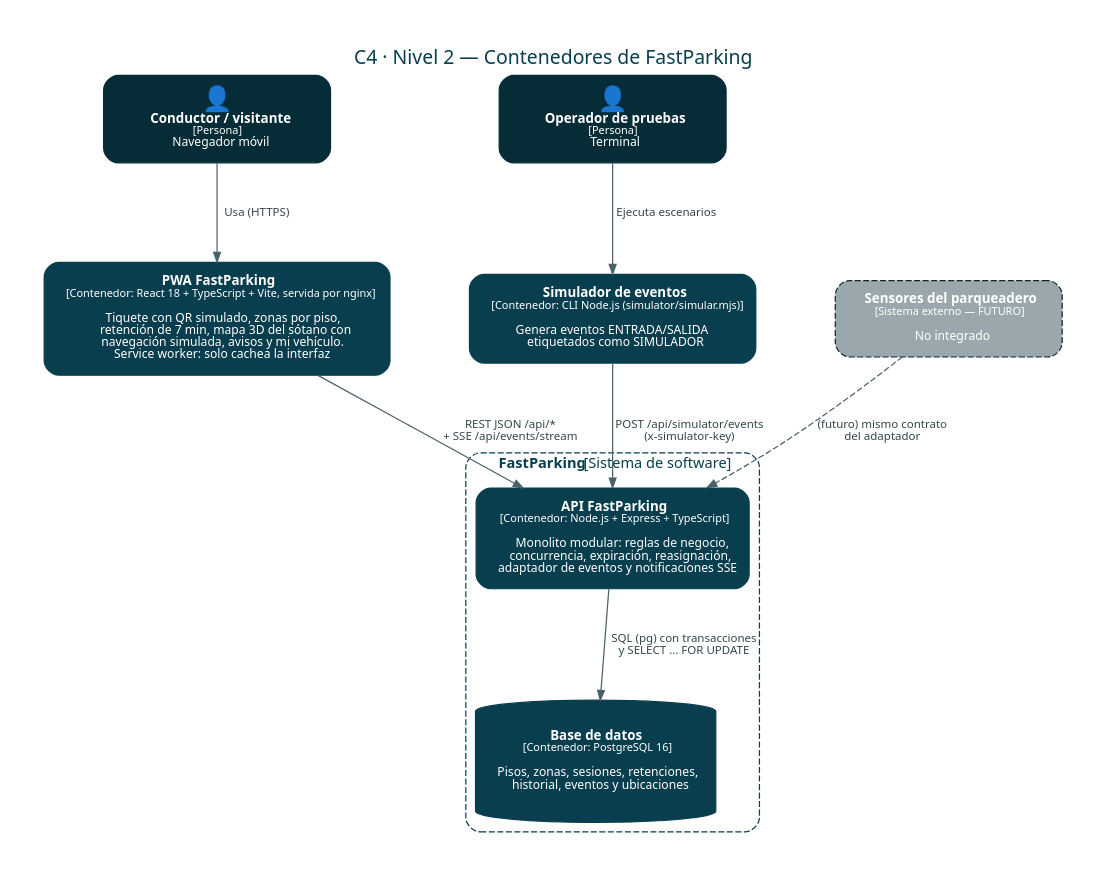
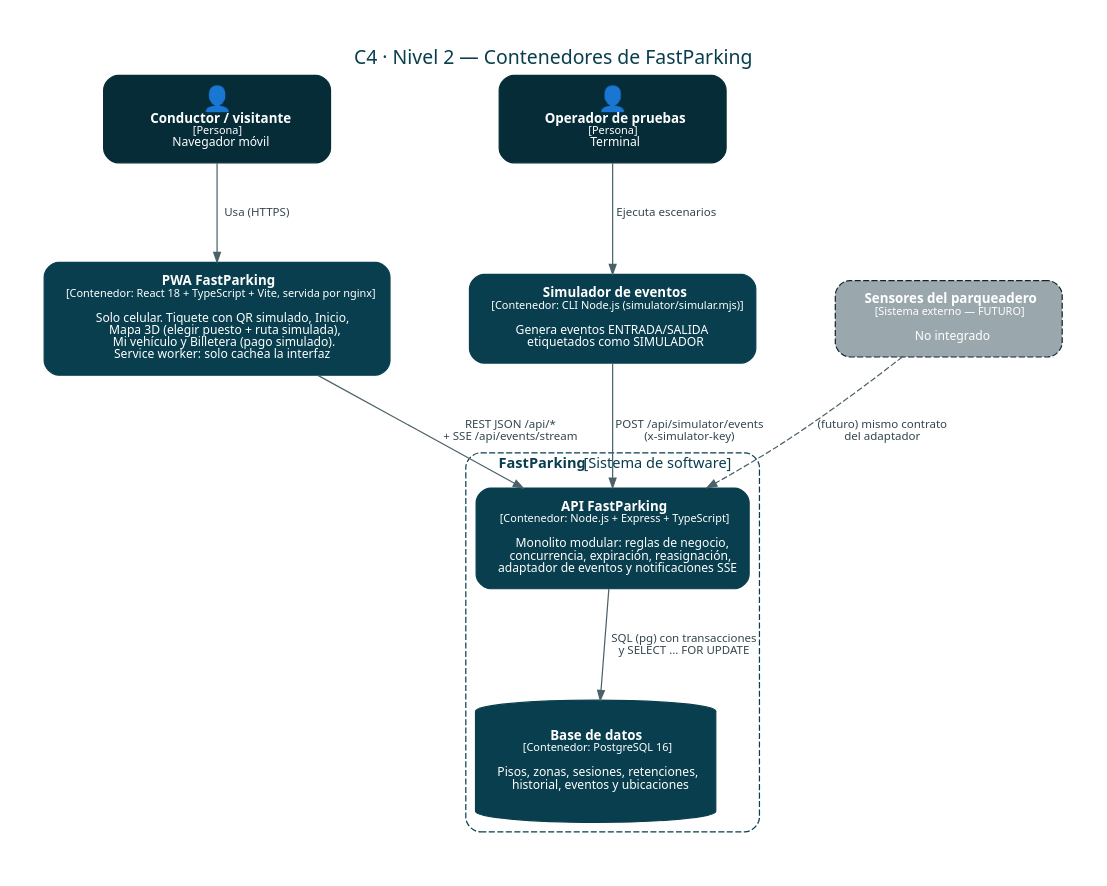
One commit to N4SL7/fastparking changed the diagram in docs/diagramas/fuentes/c4-nivel2-contenedores.dot. Above: the diagram before and after it, drawn with Graphviz. The commit also changed 18 other files, not shown here.

First line of the commit message:
docs: requerimientos, MER (PAGO), C4 y trazabilidad actualizados con pago simulado y mapa interactivo

```diff
--- a/docs/diagramas/fuentes/c4-nivel2-contenedores.dot
+++ b/docs/diagramas/fuentes/c4-nivel2-contenedores.dot
@@ -1,22 +1,22 @@
 digraph C4_2 { graph [fontname="Segoe UI,Arial,Helvetica,sans-serif", pad=0.4, nodesep=0.9, ranksep=1.0, bgcolor="white", labelloc=t, fontsize=16, fontcolor="#083E4D"];
 node [fontname="Segoe UI,Arial,Helvetica,sans-serif", fontsize=11, margin="0.25,0.15", width=2.6];
 edge [fontname="Segoe UI,Arial,Helvetica,sans-serif", fontsize=9.5, color="#4b6169", fontcolor="#33474e", arrowsize=0.8];
 graph [label="C4 · Nivel 2 — Contenedores de FastParking", compound=true];
 conductor [shape=box, style="rounded,filled", fillcolor="#052c37", color="#052c37", fontcolor="white", label=<<FONT POINT-SIZE="20">👤</FONT><BR/><B>Conductor / visitante</B><BR/><FONT POINT-SIZE="9">[Persona]</FONT><BR/><FONT POINT-SIZE="10">Navegador móvil</FONT>>];
 operador [shape=box, style="rounded,filled", fillcolor="#052c37", color="#052c37", fontcolor="white", label=<<FONT POINT-SIZE="20">👤</FONT><BR/><B>Operador de pruebas</B><BR/><FONT POINT-SIZE="9">[Persona]</FONT><BR/><FONT POINT-SIZE="10">Terminal</FONT>>];
 subgraph cluster_fp { label=<<B>FastParking</B> [Sistema de software]>; style="dashed,rounded"; color="#083E4D"; fontcolor="#083E4D"; fontsize=12;
-  pwa [shape=box, style="rounded,filled", fillcolor="#083E4D", color="#083E4D", label=<<B>PWA FastParking</B><BR/><FONT POINT-SIZE="9">[Contenedor: React 18 + TypeScript + Vite, servida por nginx]</FONT><BR/><BR/><FONT POINT-SIZE="10">Tiquete con QR simulado, zonas por piso,<BR/>retención de 7 min, mapa 3D del sótano con<BR/>navegación simulada, avisos y mi vehículo.<BR/>Service worker: solo cachea la interfaz</FONT>>, fontcolor="white"];
+  pwa [shape=box, style="rounded,filled", fillcolor="#083E4D", color="#083E4D", label=<<B>PWA FastParking</B><BR/><FONT POINT-SIZE="9">[Contenedor: React 18 + TypeScript + Vite, servida por nginx]</FONT><BR/><BR/><FONT POINT-SIZE="10">Solo celular. Tiquete con QR simulado, Inicio,<BR/>Mapa 3D (elegir puesto + ruta simulada),<BR/>Mi vehículo y Billetera (pago simulado).<BR/>Service worker: solo cachea la interfaz</FONT>>, fontcolor="white"];
   api [shape=box, style="rounded,filled", fillcolor="#083E4D", color="#083E4D", label=<<B>API FastParking</B><BR/><FONT POINT-SIZE="9">[Contenedor: Node.js + Express + TypeScript]</FONT><BR/><BR/><FONT POINT-SIZE="10">Monolito modular: reglas de negocio,<BR/>concurrencia, expiración, reasignación,<BR/>adaptador de eventos y notificaciones SSE</FONT>>, fontcolor="white"];
   db [shape=cylinder, style="rounded,filled", fillcolor="#083E4D", color="#083E4D", label=<<B>Base de datos</B><BR/><FONT POINT-SIZE="9">[Contenedor: PostgreSQL 16]</FONT><BR/><BR/><FONT POINT-SIZE="10">Pisos, zonas, sesiones, retenciones,<BR/>historial, eventos y ubicaciones</FONT>>, fontcolor="white"];
   sim [shape=box, style="rounded,filled", fillcolor="#083E4D", color="#083E4D", label=<<B>Simulador de eventos</B><BR/><FONT POINT-SIZE="9">[Contenedor: CLI Node.js (simulator/simular.mjs)]</FONT><BR/><BR/><FONT POINT-SIZE="10">Genera eventos ENTRADA/SALIDA<BR/>etiquetados como SIMULADOR</FONT>>, fontcolor="white"];
 }
 sens [shape=box, style="rounded,filled,dashed", fillcolor="#9aa8ad", color="#10242a", label=<<B>Sensores del parqueadero</B><BR/><FONT POINT-SIZE="9">[Sistema externo — FUTURO]</FONT><BR/><BR/><FONT POINT-SIZE="10">No integrado</FONT>>, fontcolor="white"];
 conductor -> pwa [label="  Usa (HTTPS)"];
 operador -> sim [label="  Ejecuta escenarios"];
 pwa -> api [label="  REST JSON /api/*\n  + SSE /api/events/stream"];
 sim -> api [label="  POST /api/simulator/events\n  (x-simulator-key)"];
 api -> db [label="  SQL (pg) con transacciones\n  y SELECT … FOR UPDATE"];
 sens -> api [style=dashed, label="  (futuro) mismo contrato\n  del adaptador"];
 {rank=same; conductor; operador}
 {rank=same; pwa; sim}
 }
```
